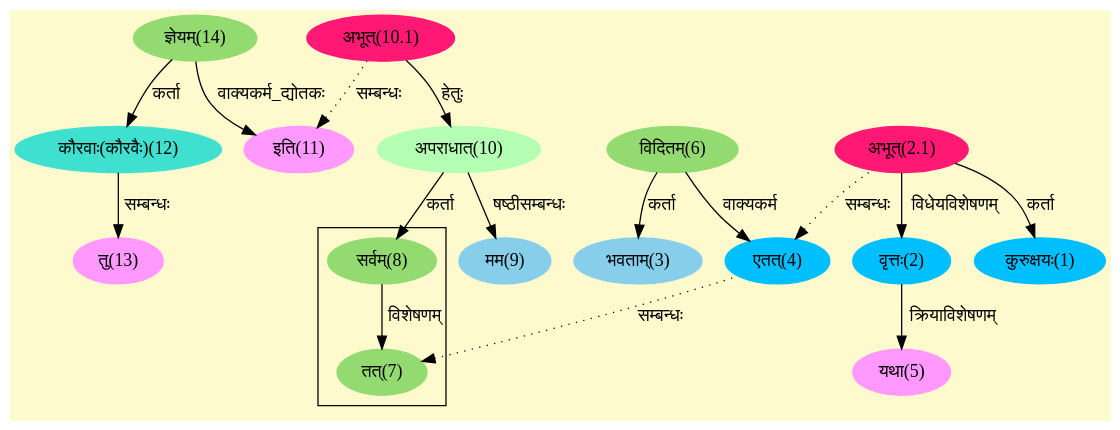
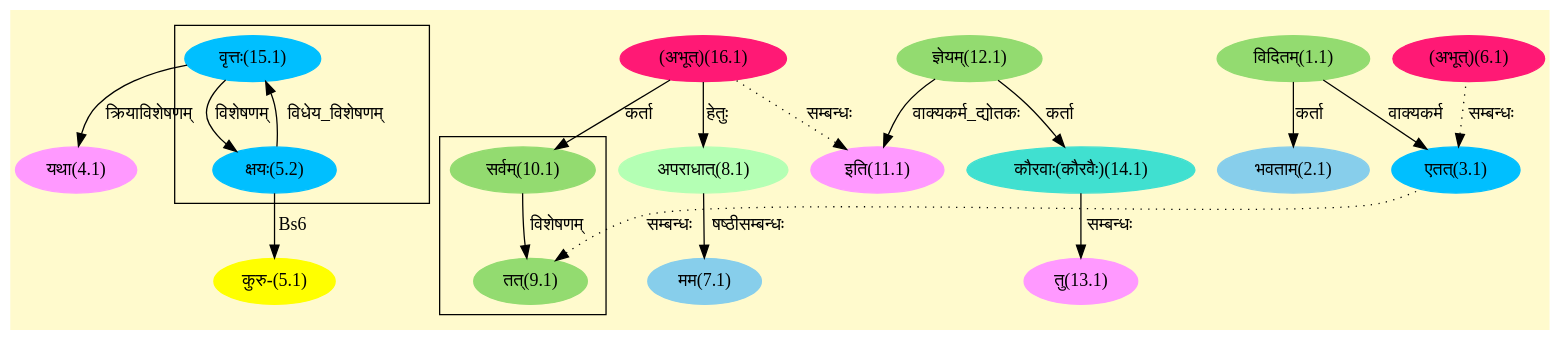
One commit to ska-mahe-blr/ska-ereader.github.io changed the diagram in assets/graphs/05_001_1.dot. Above: the diagram before and after it, drawn with Graphviz. The commit also changed 1152 other files, not shown here.

```diff
--- a/assets/graphs/05_001_1.dot
+++ b/assets/graphs/05_001_1.dot
@@ -1,44 +1,52 @@
 digraph G{
 rankdir=BT;
  compound=true;
  bgcolor="lemonchiffon1";
 
 subgraph cluster_1{
-Node7 [style=filled, color="#93DB70" label = "तत्(7)"]
-Node8 [style=filled, color="#93DB70" label = "सर्वम्(8)"]
+Node5_2 [style=filled, color="#00BFFF" label = "क्षयः(5.2)"]
+Node15_1 [style=filled, color="#00BFFF" label = "वृत्तः(15.1)"]
 
 }
-Node1 [style=filled, color="#00BFFF" label = "कुरुक्षयः(1)"]
-Node2_1 [style=filled, color="#FF1975" label = "अभूत्(2.1)"]
-Node2 [style=filled, color="#00BFFF" label = "वृत्तः(2)"]
-Node3 [style=filled, color="#87CEEB" label = "भवताम्(3)"]
-Node6 [style=filled, color="#93DB70" label = "विदितम्(6)"]
-Node4 [style=filled, color="#00BFFF" label = "एतत्(4)"]
-Node5 [style=filled, color="#FF99FF" label = "यथा(5)"]
-Node7 [style=filled, color="#93DB70" label = "तत्(7)"]
-Node8 [style=filled, color="#93DB70" label = "सर्वम्(8)"]
-Node10 [style=filled, color="#B4FFB4" label = "अपराधात्(10)"]
-Node9 [style=filled, color="#87CEEB" label = "मम(9)"]
-Node10_1 [style=filled, color="#FF1975" label = "अभूत्(10.1)"]
-Node11 [style=filled, color="#FF99FF" label = "इति(11)"]
-Node14 [style=filled, color="#93DB70" label = "ज्ञेयम्(14)"]
-Node12 [style=filled, color="#40E0D0" label = "कौरवाः(कौरवैः)(12)"]
-Node13 [style=filled, color="#FF99FF" label = "तु(13)"]
+
+subgraph cluster_2{
+Node9_1 [style=filled, color="#93DB70" label = "तत्(9.1)"]
+Node10_1 [style=filled, color="#93DB70" label = "सर्वम्(10.1)"]
+
+}
+Node1_1 [style=filled, color="#93DB70" label = "विदितम्(1.1)"]
+Node3_1 [style=filled, color="#00BFFF" label = "एतत्(3.1)"]
+Node2_1 [style=filled, color="#87CEEB" label = "भवताम्(2.1)"]
+Node6_1 [style=filled, color="#FF1975" label = "(अभूत्)(6.1)"]
+Node4_1 [style=filled, color="#FF99FF" label = "यथा(4.1)"]
+Node15_1 [style=filled, color="#00BFFF" label = "वृत्तः(15.1)"]
+Node5_1 [style=filled, color="#FFFF00" label = "कुरु-(5.1)"]
+Node5_2 [style=filled, color="#00BFFF" label = "क्षयः(5.2)"]
+Node7_1 [style=filled, color="#87CEEB" label = "मम(7.1)"]
+Node8_1 [style=filled, color="#B4FFB4" label = "अपराधात्(8.1)"]
+Node16_1 [style=filled, color="#FF1975" label = "(अभूत्)(16.1)"]
+Node9_1 [style=filled, color="#93DB70" label = "तत्(9.1)"]
+Node10_1 [style=filled, color="#93DB70" label = "सर्वम्(10.1)"]
+Node11_1 [style=filled, color="#FF99FF" label = "इति(11.1)"]
+Node12_1 [style=filled, color="#93DB70" label = "ज्ञेयम्(12.1)"]
+Node13_1 [style=filled, color="#FF99FF" label = "तु(13.1)"]
+Node14_1 [style=filled, color="#40E0D0" label = "कौरवाः(कौरवैः)(14.1)"]
 /* Start of Relations section */
 
-Node1 -> Node2_1 [  label="कर्ता"  dir="back" ]
-Node2 -> Node2_1 [  label="विधेयविशेषणम्"  dir="back" ]
-Node3 -> Node6 [  label="कर्ता"  dir="back" ]
-Node4 -> Node6 [  label="वाक्यकर्म"  dir="back" ]
-Node4 -> Node2_1 [ style=dotted label="सम्बन्धः"  dir="back" ]
-Node5 -> Node2 [  label="क्रियाविशेषणम्"  dir="back" ]
-Node7 -> Node8 [  label="विशेषणम्"  dir="back" ]
-Node7 -> Node4 [ style=dotted label="सम्बन्धः"  dir="back" ]
-Node8 -> Node10 [  label="कर्ता"  dir="back" ]
-Node9 -> Node10 [  label="षष्ठीसम्बन्धः"  dir="back" ]
-Node10 -> Node10_1 [  label="हेतुः"  dir="back" ]
-Node11 -> Node14 [  label="वाक्यकर्म_द्योतकः"  dir="back" ]
-Node11 -> Node10_1 [ style=dotted label="सम्बन्धः"  dir="back" ]
-Node12 -> Node14 [  label="कर्ता"  dir="back" ]
-Node13 -> Node12 [  label="सम्बन्धः"  dir="back" ]
+Node2_1 -> Node1_1 [  label="कर्ता"  dir="back" ]
+Node3_1 -> Node1_1 [  label="वाक्यकर्म"  dir="back" ]
+Node3_1 -> Node6_1 [ style=dotted label="सम्बन्धः"  dir="back" ]
+Node4_1 -> Node15_1 [  label="क्रियाविशेषणम्"  dir="back" ]
+Node5_1 -> Node5_2 [  label="Bs6"  dir="back" ]
+Node5_2 -> Node15_1 [  label="विशेषणम्"  dir="back" ]
+Node7_1 -> Node8_1 [  label="षष्ठीसम्बन्धः"  dir="back" ]
+Node8_1 -> Node16_1 [  label="हेतुः"  dir="back" ]
+Node9_1 -> Node10_1 [  label="विशेषणम्"  dir="back" ]
+Node9_1 -> Node3_1 [ style=dotted label="सम्बन्धः"  dir="back" ]
+Node10_1 -> Node16_1 [  label="कर्ता"  dir="back" ]
+Node11_1 -> Node12_1 [  label="वाक्यकर्म_द्योतकः"  dir="back" ]
+Node11_1 -> Node16_1 [ style=dotted label="सम्बन्धः"  dir="back" ]
+Node13_1 -> Node14_1 [  label="सम्बन्धः"  dir="back" ]
+Node14_1 -> Node12_1 [  label="कर्ता"  dir="back" ]
+Node15_1 -> Node5_2 [  label="विधेय_विशेषणम्"  dir="back" ]
 }
```
